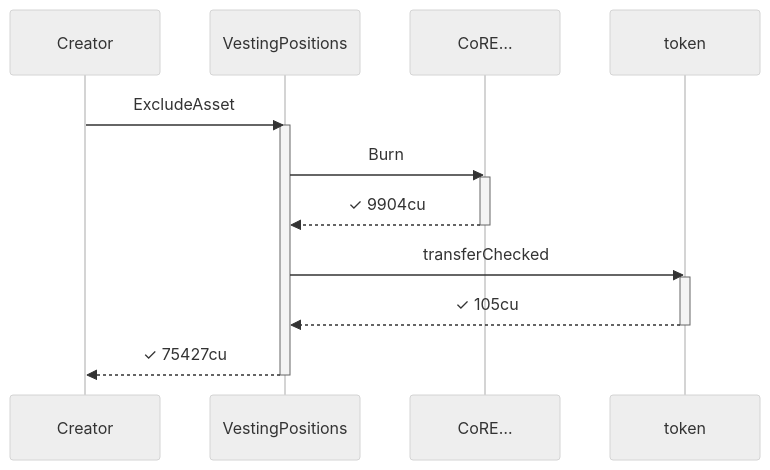
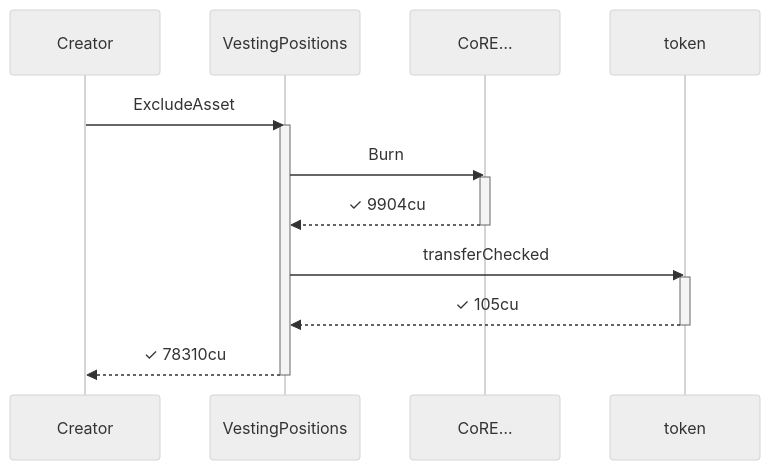
The seventh of 12 diagrams in babelfish-tests/test-report/exclude_asset_burns_position.md (cds-turbin3/vesting-position), drawn with Mermaid (neutral theme) before and after one commit. The commit also changed other lines of this file and 106 other files, not shown here.

````diff
--- a/babelfish-tests/test-report/exclude_asset_burns_position.md
+++ b/babelfish-tests/test-report/exclude_asset_burns_position.md
@@ -368,19 +380,19 @@
 ```mermaid
 sequenceDiagram
     participant p0 as Creator
     participant p1 as VestingPositions
     participant p2 as CoRE…
     participant p3 as token
     p0->>p1: ExcludeAsset
     activate p1
     p1->>p2: Burn
     activate p2
     p2-->>p1: ✓ 9904cu
     deactivate p2
     p1->>p3: transferChecked
     activate p3
     p3-->>p1: ✓ 105cu
     deactivate p3
-    p1-->>p0: ✓ 75427cu
+    p1-->>p0: ✓ 78310cu
     deactivate p1
 ```
````
